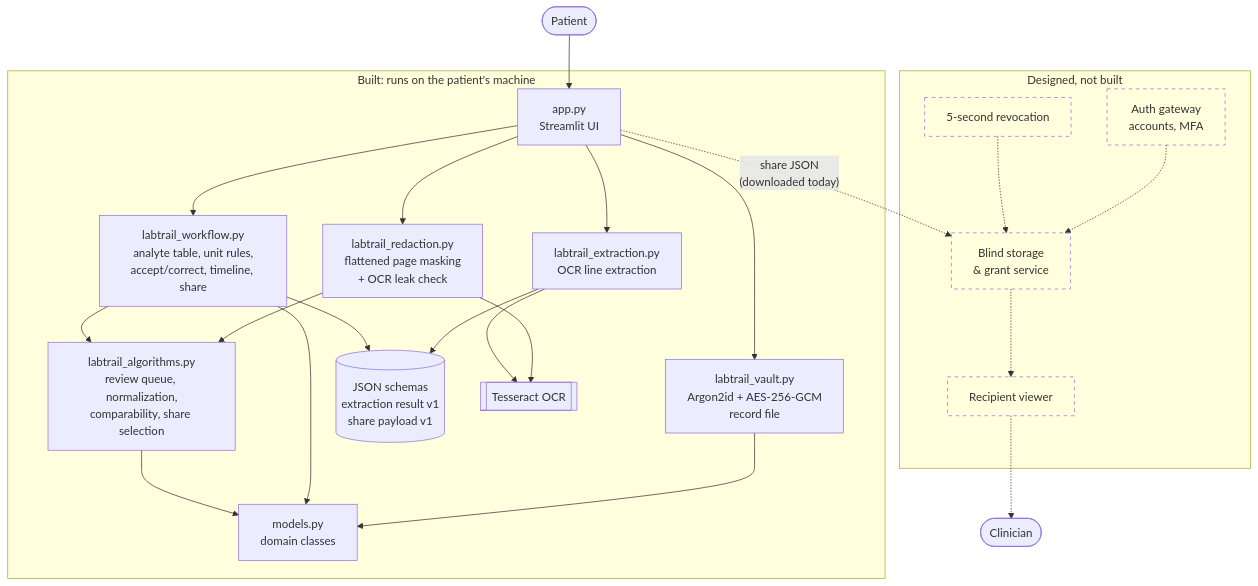
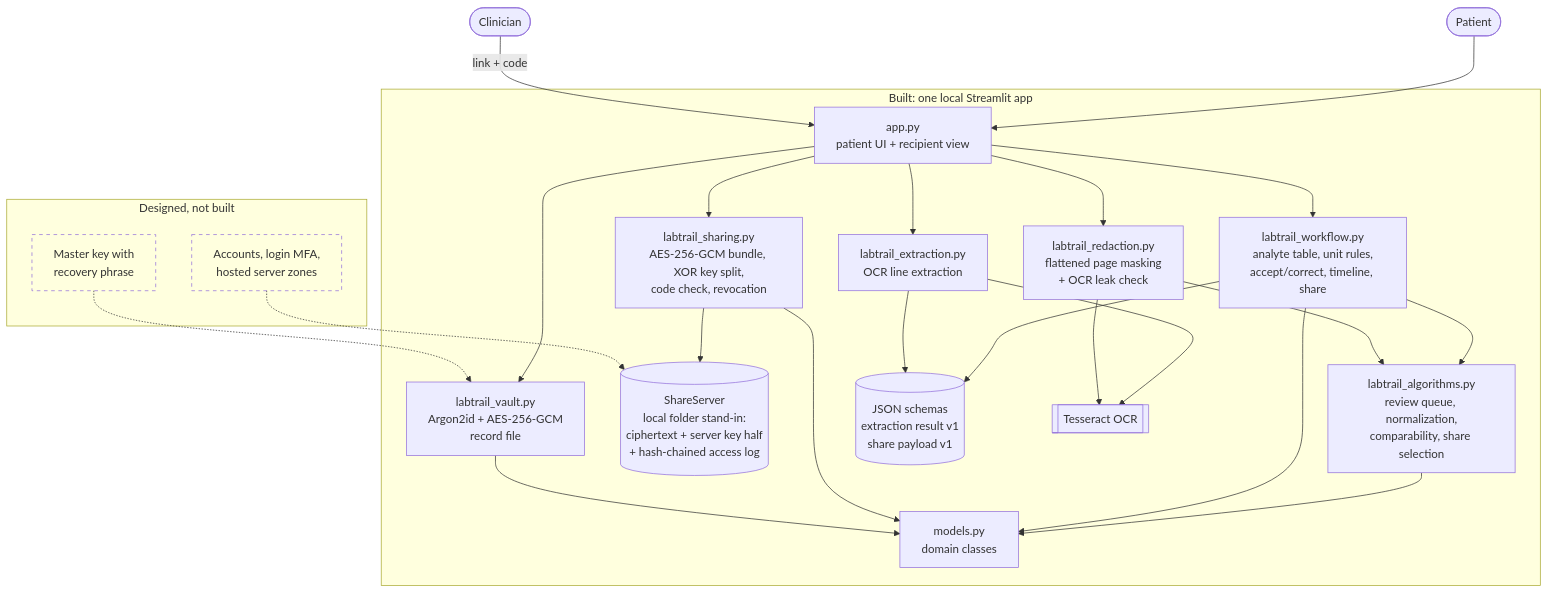
The first of 5 diagrams in docs/implementation.md (renee127/LabTrail), drawn with Mermaid before and after one commit. The commit also changed other lines of this file and 6 other files, not shown here.

````diff
--- a/docs/implementation.md
+++ b/docs/implementation.md
@@ -16,48 +17,49 @@
 ```mermaid
 flowchart TB
     patient([Patient])
     clinician([Clinician])
 
-    subgraph built["Built: runs on the patient's machine"]
-        app["app.py<br/>Streamlit UI"]
+    subgraph built["Built: one local Streamlit app"]
+        app["app.py<br/>patient UI + recipient view"]
         workflow["labtrail_workflow.py<br/>analyte table, unit rules,<br/>accept/correct, timeline, share"]
         extraction["labtrail_extraction.py<br/>OCR line extraction"]
         algorithms["labtrail_algorithms.py<br/>review queue, normalization,<br/>comparability, share selection"]
         redaction["labtrail_redaction.py<br/>flattened page masking<br/>+ OCR leak check"]
+        sharing["labtrail_sharing.py<br/>AES-256-GCM bundle, XOR key split,<br/>code check, revocation"]
+        server[("ShareServer<br/>local folder stand-in:<br/>ciphertext + server key half<br/>+ hash-chained access log")]
         vault["labtrail_vault.py<br/>Argon2id + AES-256-GCM<br/>record file"]
         models["models.py<br/>domain classes"]
         schemas[("JSON schemas<br/>extraction result v1<br/>share payload v1")]
         tesseract[["Tesseract OCR"]]
     end
 
     subgraph planned["Designed, not built"]
-        gateway["Auth gateway<br/>accounts, MFA"]
-        store["Blind storage<br/>& grant service"]
-        viewer["Recipient viewer"]
-        revoke["5-second revocation"]
+        gateway["Accounts, login MFA,<br/>hosted server zones"]
+        recovery["Master key with<br/>recovery phrase"]
     end
 
     patient --> app
+    clinician -- "link + code" --> app
     app --> workflow
     app --> extraction
     app --> redaction
+    app --> sharing
     app --> vault
+    sharing --> server
     workflow --> algorithms
     workflow --> schemas
     extraction --> tesseract
     extraction --> schemas
     redaction --> algorithms
     redaction --> tesseract
     algorithms --> models
     workflow --> models
+    sharing --> models
     vault --> models
 
-    app -. "share JSON<br/>(downloaded today)" .-> store
-    store -.-> viewer
-    viewer -.-> clinician
-    revoke -.-> store
-    gateway -.-> store
+    gateway -.-> server
+    recovery -.-> vault
 
     classDef plannedStyle stroke-dasharray: 5 5,fill:none
-    class gateway,store,viewer,revoke plannedStyle
+    class gateway,recovery plannedStyle
 ```
````
